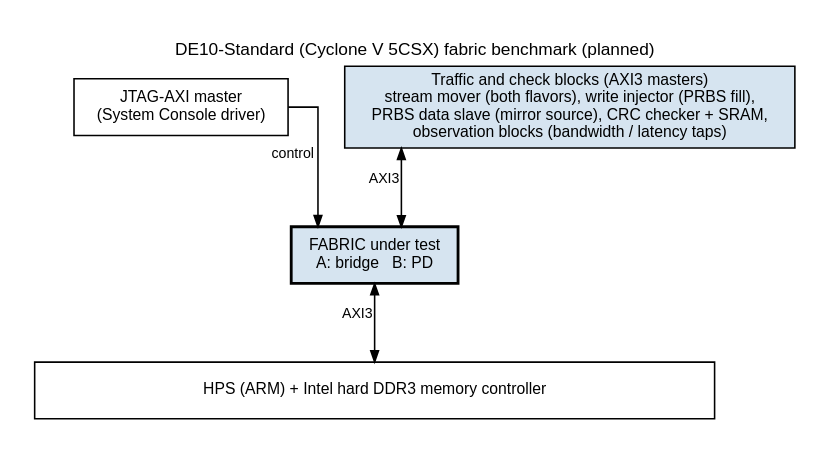
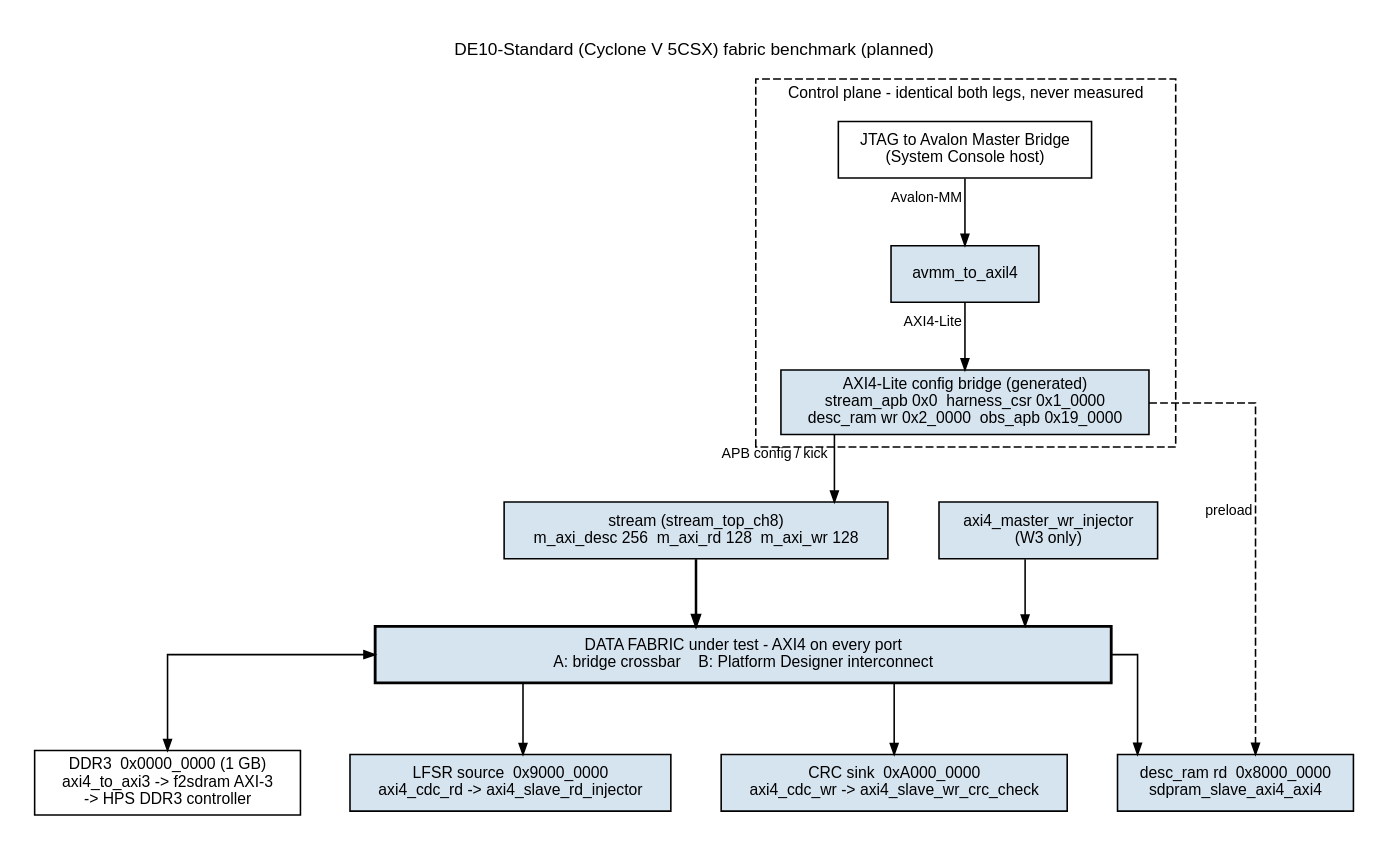
One commit to sean-galloway/RTLDesignSherpa changed the diagram in projects/fpga-systems/DE10-Standard/fabric-benchmark/docs/assets/graphviz/de10_fabric_benchmark_planned.dot. Above: the diagram before and after it, drawn with Graphviz. The commit also changed 2 other files, not shown here.

```diff
--- a/projects/fpga-systems/DE10-Standard/fabric-benchmark/docs/assets/graphviz/de10_fabric_benchmark_planned.dot
+++ b/projects/fpga-systems/DE10-Standard/fabric-benchmark/docs/assets/graphviz/de10_fabric_benchmark_planned.dot
@@ -1,17 +1,39 @@
-// DE10-Standard fabric benchmark architecture (PRD.md section 5). Replaces an
-// ASCII sketch. PLANNED: no RTL or build exists yet; this restates the PRD's
-// sketch. House style: vault/handbook/authoring/block-diagrams.md ("(planned)"
-// in the title; the fabric under test in the center).
+// DE10-Standard fabric benchmark architecture (PRD.md section 5, Figure 5.1).
+// PLANNED: no RTL or build exists yet; this draws PRD v0.4's control plane,
+// data plane and address map. House style: vault/handbook/authoring/block-diagrams.md
+// ("(planned)" in the title; the fabric under test in the center, emphasized).
 digraph de10_fabric_benchmark_planned {
-    graph [rankdir=TB, bgcolor="white", fontname="Helvetica", fontsize=11, nodesep="0.5", ranksep="0.7", splines=ortho, newrank=true, labelloc=t, labeljust=c, pad="0.2", label="DE10-Standard (Cyclone V 5CSX) fabric benchmark (planned)"];
+    graph [rankdir=TB, bgcolor="white", fontname="Helvetica", fontsize=11, nodesep="0.45", ranksep="0.6", splines=ortho, newrank=true, labelloc=t, labeljust=c, pad="0.2", label="DE10-Standard (Cyclone V 5CSX) fabric benchmark (planned)"];
     node  [fontname="Helvetica", fontsize=10, shape=box, style=filled, fillcolor="#D6E4F0", color="black", margin="0.12,0.06"];
     edge  [fontname="Helvetica", fontsize=9, color="black", arrowsize=0.7];
-    jtag [label="JTAG-AXI master\n(System Console driver)", fillcolor="white"];
-    fab  [label="FABRIC under test\nA: bridge   B: PD", penwidth=1.8];
-    trf  [label="Traffic and check blocks (AXI3 masters)\nstream mover (both flavors), write injector (PRBS fill),\nPRBS data slave (mirror source), CRC checker + SRAM,\nobservation blocks (bandwidth / latency taps)"];
-    hps  [label="HPS (ARM) + Intel hard DDR3 memory controller", fillcolor="white", width=6];
-    jtag -> fab [xlabel="control"];
-    trf  -> fab [dir=both, xlabel="AXI3"];
-    fab  -> hps [dir=both, xlabel="AXI3"];
-    { rank=same; jtag; trf; }
+
+    subgraph cluster_ctl {
+        label="Control plane - identical both legs, never measured"; fontsize=10; style=dashed;
+        jtag [label="JTAG to Avalon Master Bridge\n(System Console host)", fillcolor="white"];
+        av   [label="avmm_to_axil4"];
+        cbr  [label="AXI4-Lite config bridge (generated)\nstream_apb 0x0  harness_csr 0x1_0000\ndesc_ram wr 0x2_0000  obs_apb 0x19_0000"];
+        jtag -> av [xlabel="Avalon-MM"];
+        av -> cbr [xlabel="AXI4-Lite"];
+    }
+
+    str  [label="stream (stream_top_ch8)\nm_axi_desc 256  m_axi_rd 128  m_axi_wr 128"];
+    inj  [label="axi4_master_wr_injector\n(W3 only)"];
+    fab  [label="DATA FABRIC under test - AXI4 on every port\nA: bridge crossbar    B: Platform Designer interconnect", penwidth=1.8, width=6.5];
+
+    ddr  [label="DDR3  0x0000_0000 (1 GB)\naxi4_to_axi3 -> f2sdram AXI-3\n-> HPS DDR3 controller", fillcolor="white"];
+    dsc  [label="desc_ram rd  0x8000_0000\nsdpram_slave_axi4_axi4"];
+    src  [label="LFSR source  0x9000_0000\naxi4_cdc_rd -> axi4_slave_rd_injector"];
+    snk  [label="CRC sink  0xA000_0000\naxi4_cdc_wr -> axi4_slave_wr_crc_check"];
+
+    cbr -> str [xlabel="APB config / kick"];
+    cbr -> dsc [style=dashed, xlabel="preload"];
+    str -> fab [penwidth=1.6];
+    inj -> fab;
+    fab -> ddr [dir=both];
+    fab -> dsc;
+    fab -> src;
+    fab -> snk;
+
+    { rank=same; str; inj; }
+    { rank=same; ddr; dsc; src; snk; }
 }
```
